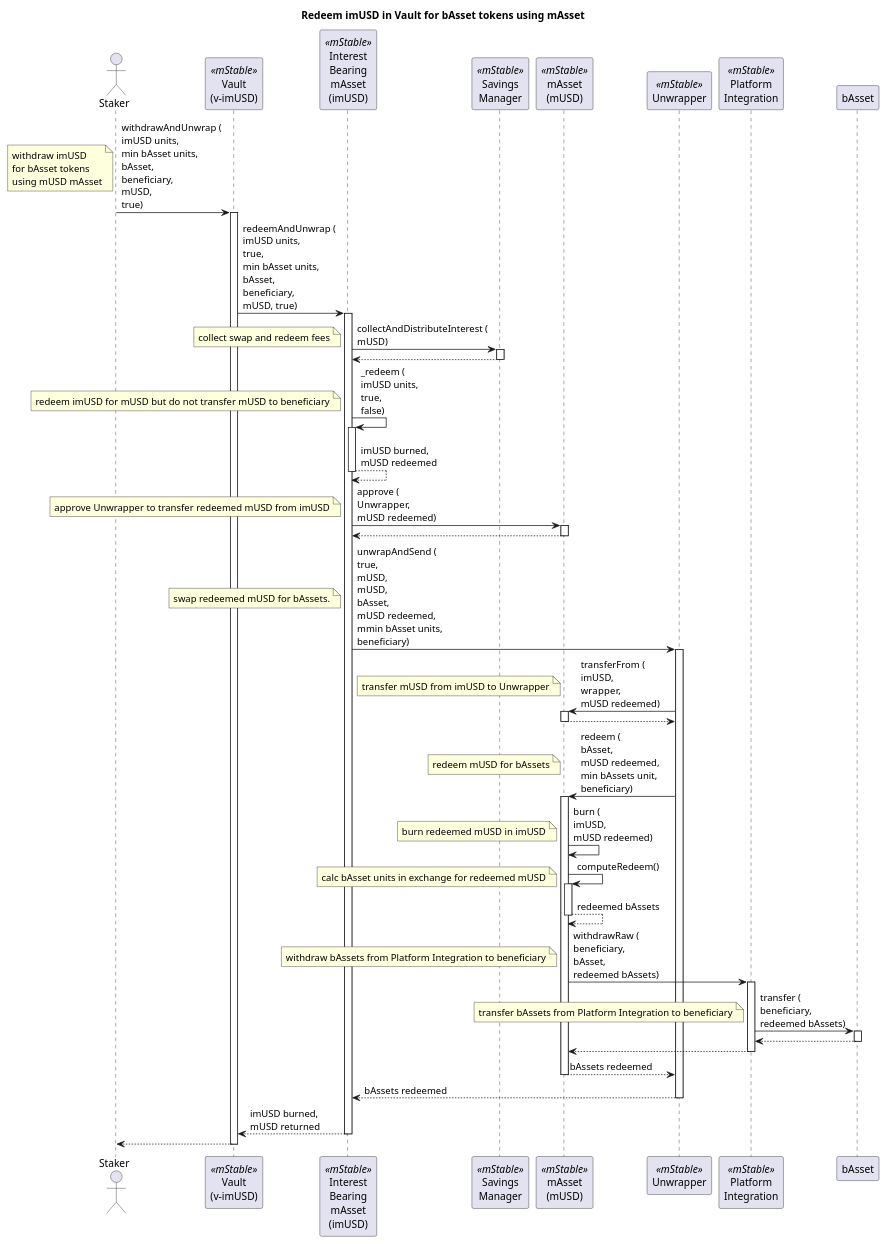
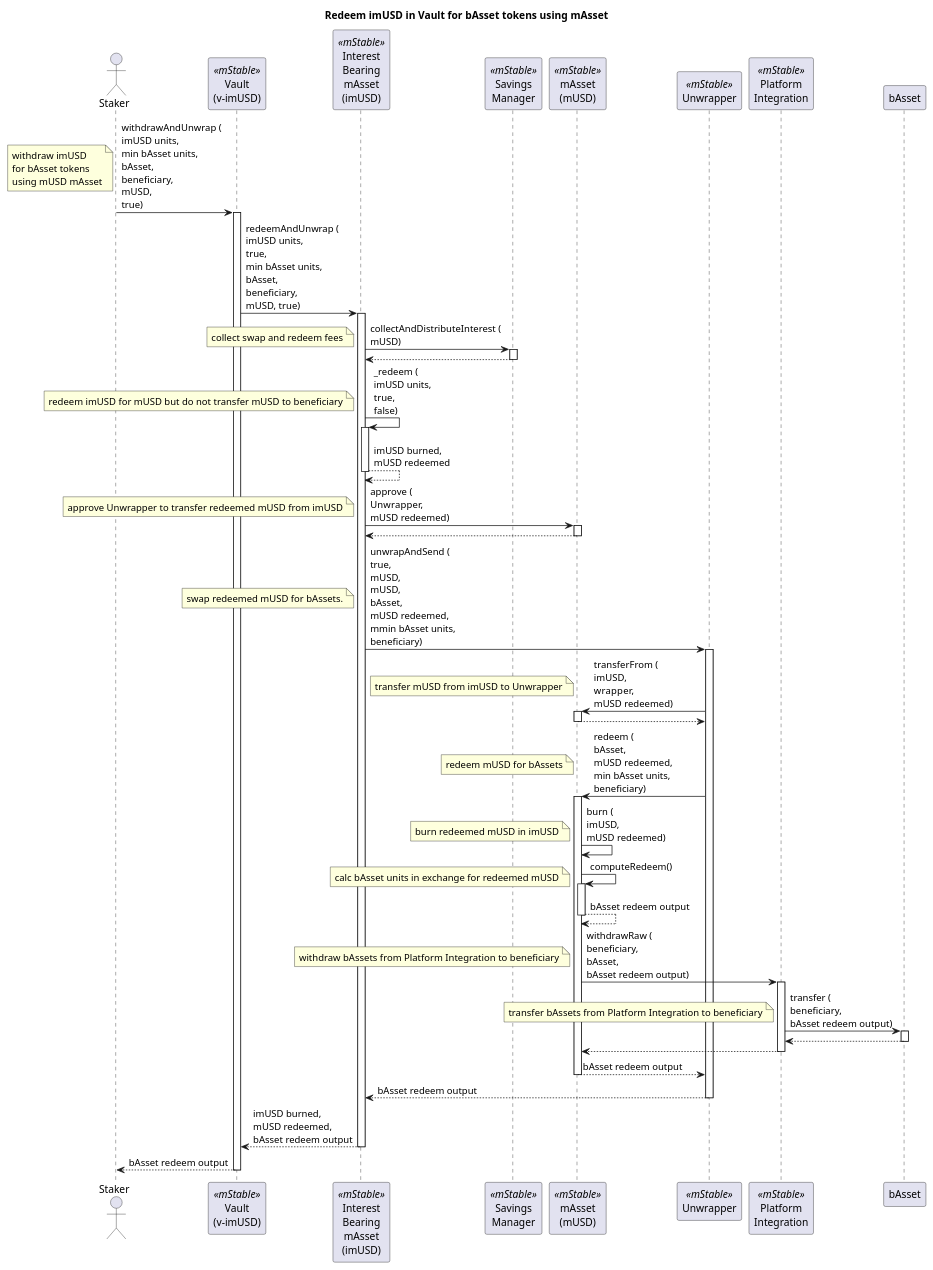
One commit to mstable/mStable-process-docs changed the diagram in unwrapper/imusd_vault_bassets.puml. Above: the diagram before and after it, drawn with PlantUML. The commit also changed 7 other files, not shown here.

```diff
--- a/unwrapper/imusd_vault_bassets.puml
+++ b/unwrapper/imusd_vault_bassets.puml
@@ -1,65 +1,65 @@
 @startuml
 
 title "Redeem imUSD in Vault for bAsset tokens using mAsset"
 
 actor "Staker" as user
 participant "Vault\n(v-imUSD)" as vault <<mStable>>
 participant "Interest\nBearing\nmAsset\n(imUSD)" as imusd <<mStable>>
 participant "Savings\nManager" as sm <<mStable>>
 participant "mAsset\n(mUSD)" as musd <<mStable>>
 participant "Unwrapper" as wrapper <<mStable>>
 participant "Platform\nIntegration" as pi <<mStable>>
 
 user -> vault : withdrawAndUnwrap (\nimUSD units,\nmin bAsset units,\nbAsset,\nbeneficiary,\nmUSD,\ntrue)
 activate vault
 note left: withdraw imUSD\nfor bAsset tokens\nusing mUSD mAsset
 vault -> imusd : redeemAndUnwrap (\nimUSD units,\ntrue,\nmin bAsset units,\nbAsset,\nbeneficiary,\nmUSD, true)
 activate imusd
 
 imusd -> sm : collectAndDistributeInterest (\nmUSD)
 activate sm
 note left: collect swap and redeem fees
 return
 
 imusd -> imusd : _redeem (\nimUSD units,\ntrue,\nfalse)
 activate imusd
 note left: redeem imUSD for mUSD but do not transfer mUSD to beneficiary
 return imUSD burned,\nmUSD redeemed
 
 imusd -> musd : approve (\nUnwrapper,\nmUSD redeemed)
 activate musd
 note left: approve Unwrapper to transfer redeemed mUSD from imUSD
 return
 
 imusd -> wrapper : unwrapAndSend (\ntrue,\nmUSD,\nmUSD,\nbAsset,\nmUSD redeemed,\nmmin bAsset units,\nbeneficiary)
 activate wrapper
 note left: swap redeemed mUSD for bAssets.
 wrapper -> musd : transferFrom (\nimUSD,\nwrapper,\nmUSD redeemed)
 activate musd 
 note left: transfer mUSD from imUSD to Unwrapper
 return
-wrapper -> musd : redeem (\nbAsset,\nmUSD redeemed,\nmin bAssets unit,\nbeneficiary)
+wrapper -> musd : redeem (\nbAsset,\nmUSD redeemed,\nmin bAsset units,\nbeneficiary)
 activate musd
 note left: redeem mUSD for bAssets
 musd -> musd : burn (\nimUSD,\nmUSD redeemed)
 note left: burn redeemed mUSD in imUSD
 musd -> musd : computeRedeem()
 activate musd 
 note left: calc bAsset units in exchange for redeemed mUSD
-return redeemed bAssets
-musd -> pi : withdrawRaw (\nbeneficiary,\nbAsset,\nredeemed bAssets)
+return bAsset redeem output
+musd -> pi : withdrawRaw (\nbeneficiary,\nbAsset,\nbAsset redeem output)
 activate pi
 note left: withdraw bAssets from Platform Integration to beneficiary
-pi -> bAsset : transfer (\nbeneficiary,\nredeemed bAssets)
+pi -> bAsset : transfer (\nbeneficiary,\nbAsset redeem output)
 activate bAsset
 note left: transfer bAssets from Platform Integration to beneficiary
 return
 return
-return bAssets redeemed
+return bAsset redeem output
 
-return bAssets redeemed
+return bAsset redeem output
 
-return imUSD burned,\nmUSD returned
-return
+return imUSD burned,\nmUSD redeemed,\nbAsset redeem output
+return bAsset redeem output
 
 @enduml
```
